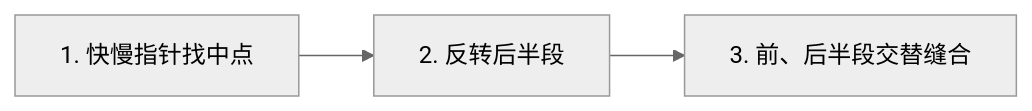
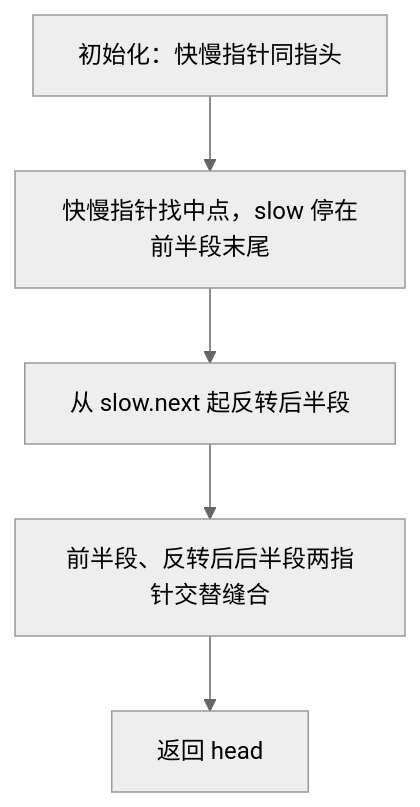
The first of 2 diagrams in 19-大厂加餐/字节加餐/0143-重排链表.md (OctalZero/hot100-py), drawn with Mermaid (neutral theme) before and after one commit. The commit also changed other lines of this file and 117 other files, not shown here.

First line of the commit message:
feat: 全题解配图升级为「动画式 mermaid」（总览骨架 + 横向时间线逐步推演）

````diff
--- a/19-大厂加餐/字节加餐/0143-重排链表.md
+++ b/19-大厂加餐/字节加餐/0143-重排链表.md
@@ -25,5 +25,7 @@
 ```mermaid
-flowchart LR
-    A["1. 快慢指针找中点"] --> B["2. 反转后半段"]
-    B --> C["3. 前、后半段交替缝合"]
+flowchart TD
+    A["初始化：快慢指针同指头"] --> B["快慢指针找中点，slow 停在前半段末尾"]
+    B --> C["从 slow.next 起反转后半段"]
+    C --> D["前半段、反转后后半段两指针交替缝合"]
+    D --> E["返回 head"]
 ```
````
